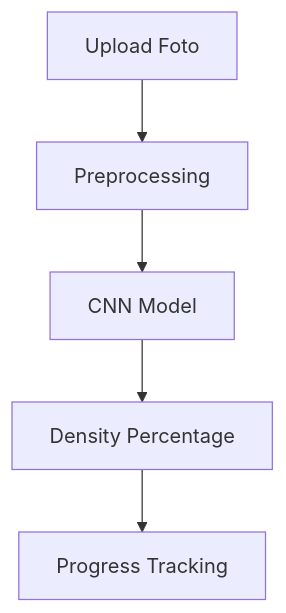
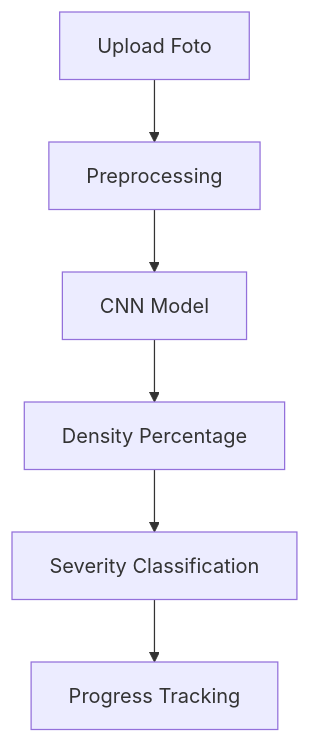
Before and after one commit to petrushandika/Scalp-Analytics: the first of 14 diagrams in Documentation/PRD.md, drawn with Mermaid. The commit also changed other lines of this file and 5 other files, not shown here.

````diff
--- a/Documentation/PRD.md
+++ b/Documentation/PRD.md
@@ -69,7 +69,8 @@
 ```mermaid
 flowchart TD
     A[Upload Foto] --> B[Preprocessing]
     B --> C[CNN Model]
     C --> D[Density Percentage]
-    D --> E[Progress Tracking]
+    D --> E[Severity Classification]
+    E --> F[Progress Tracking]
 ```
````
